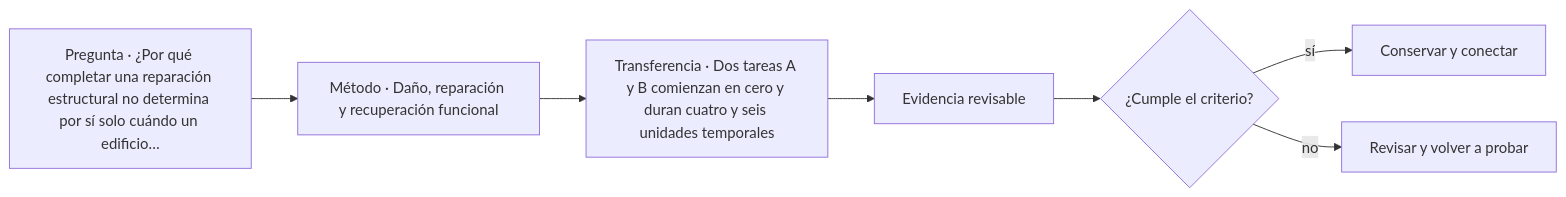
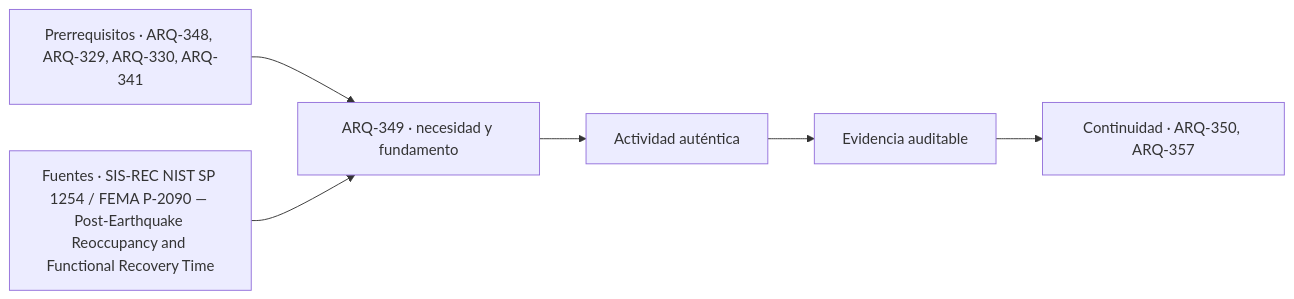
Before and after one commit to vladimiracunadev-create/architecture-built-environment-learning-program: the diagram in classes/parte-35/ARQ-349.md, drawn with Mermaid. The commit also changed other lines of this file and 761 other files, not shown here.

````diff
--- a/classes/parte-35/ARQ-349.md
+++ b/classes/parte-35/ARQ-349.md
@@ -123,9 +135,8 @@
 ```mermaid
 flowchart LR
-    Q["Pregunta · ¿Por qué completar una reparación estructural no determina por sí solo cuándo un edificio…"] --> M["Método · Daño, reparación y recuperación funcional"]
-    M --> P["Transferencia · Dos tareas A y B comienzan en cero y duran cuatro y seis unidades temporales"]
-    P --> E["Evidencia revisable"]
-    E --> C{"¿Cumple el criterio?"}
-    C -->|sí| T["Conservar y conectar"]
-    C -->|no| R["Revisar y volver a probar"]
+    A["Prerrequisitos · ARQ-348, ARQ-329, ARQ-330, ARQ-341"] --> B["ARQ-349 · necesidad y fundamento"]
+    S["Fuentes · SIS-REC NIST SP 1254 / FEMA P-2090 — Post-Earthquake Reoccupancy and Functional Recovery Time"] --> B
+    B --> C["Actividad auténtica"]
+    C --> D["Evidencia auditable"]
+    D --> E["Continuidad · ARQ-350, ARQ-357"]
 ```
````
